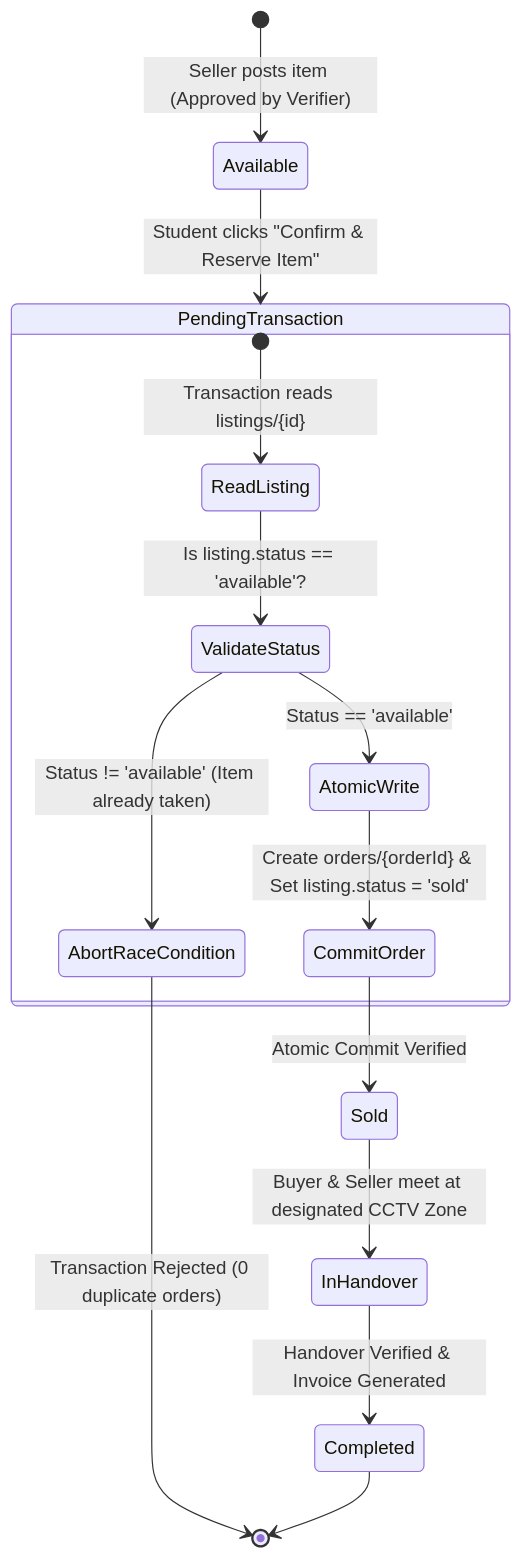
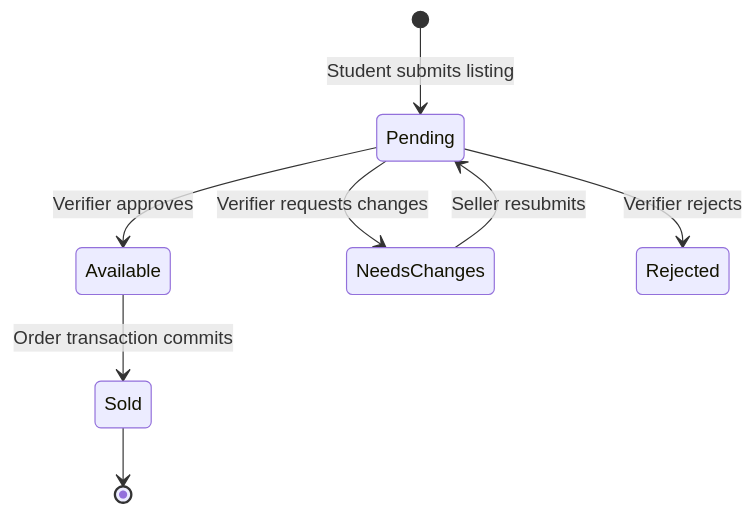
The first of 5 diagrams in README.md (Sidharth-007-code/CEM-Individual), drawn with Mermaid before and after one commit. The commit also changed other lines of this file and 62 other files, not shown here.

````diff
--- a/README.md
+++ b/README.md
@@ -123,17 +37,10 @@
-```mermaid
+~~~mermaid
 stateDiagram-v2
-    [*] --> Available: Seller posts item (Approved by Verifier)
-    Available --> PendingTransaction: Student clicks "Confirm & Reserve Item"
-    state PendingTransaction {
-        [*] --> ReadListing: Transaction reads listings/{id}
-        ReadListing --> ValidateStatus: Is listing.status == 'available'?
-        ValidateStatus --> AbortRaceCondition: Status != 'available' (Item already taken)
-        ValidateStatus --> AtomicWrite: Status == 'available'
-        AtomicWrite --> CommitOrder: Create orders/{orderId} & Set listing.status = 'sold'
-    }
-    AbortRaceCondition --> [*]: Transaction Rejected (0 duplicate orders)
-    CommitOrder --> Sold: Atomic Commit Verified
-    Sold --> InHandover: Buyer & Seller meet at designated CCTV Zone
-    InHandover --> Completed: Handover Verified & Invoice Generated
-    Completed --> [*]
-```
+    [*] --> Pending: Student submits listing
+    Pending --> Available: Verifier approves
+    Pending --> NeedsChanges: Verifier requests changes
+    Pending --> Rejected: Verifier rejects
+    NeedsChanges --> Pending: Seller resubmits
+    Available --> Sold: Order transaction commits
+    Sold --> [*]
+~~~
````
